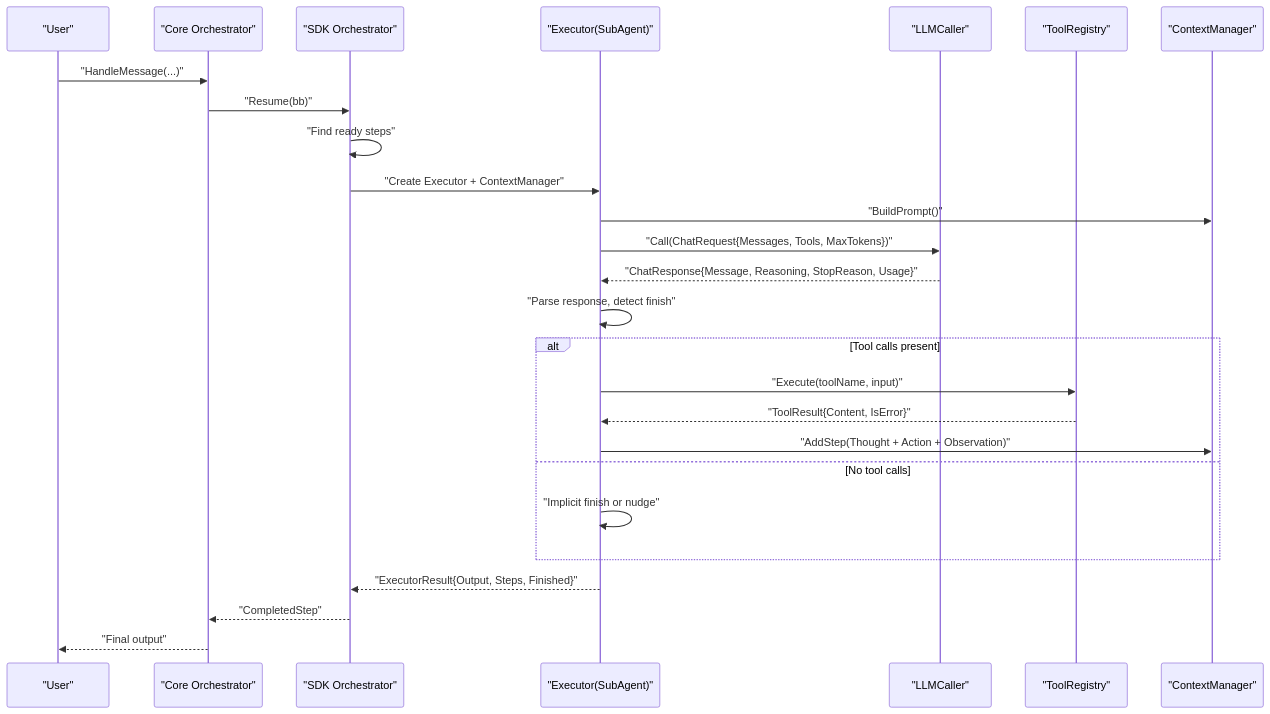
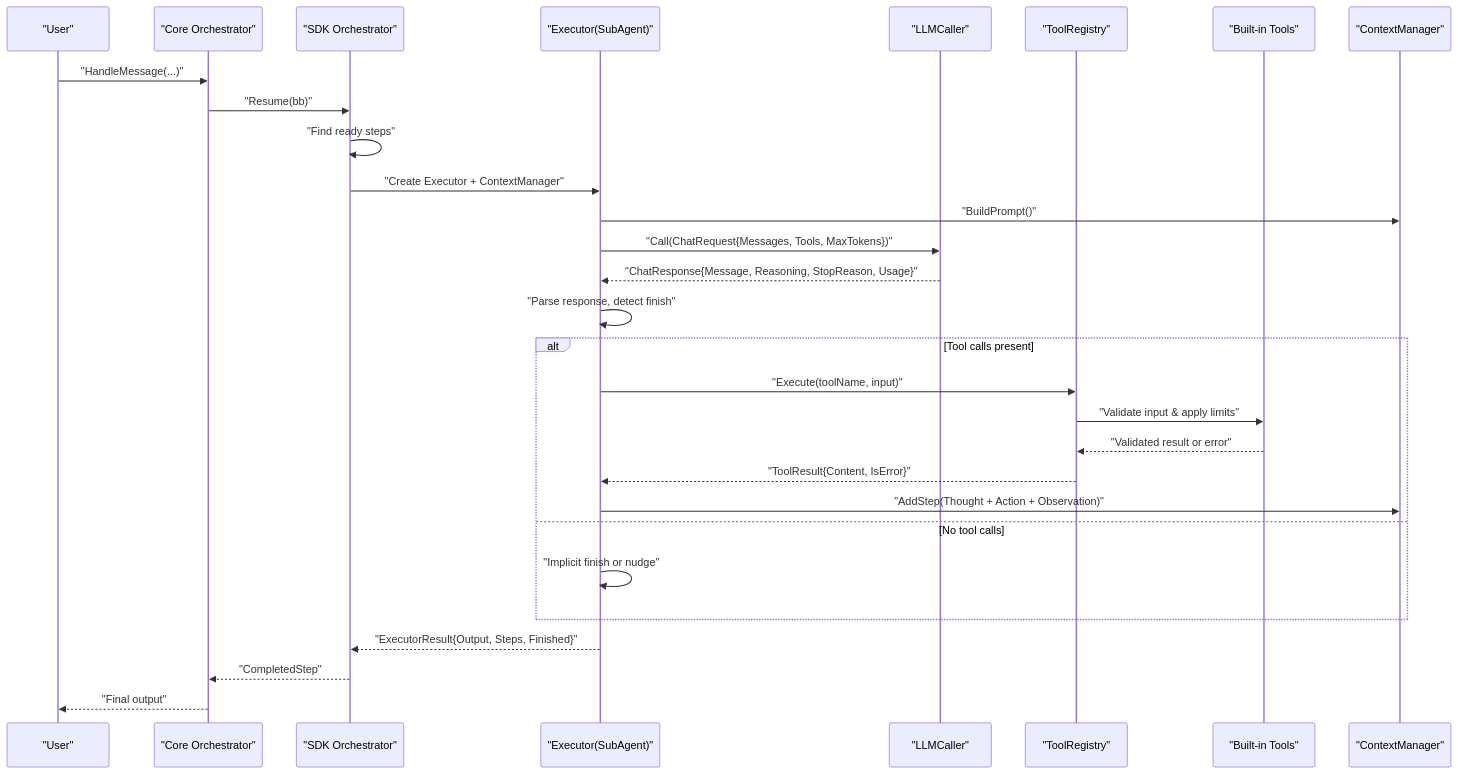
Before and after one commit to v0lka/c0wrk: the second of 10 diagrams in .qoder/repowiki/en/content/Core AI Engine/Agent Executor.md, drawn with Mermaid. The commit also changed other lines of this file and 8 other files, not shown here.

````diff
--- a/.qoder/repowiki/en/content/Core AI Engine/Agent Executor.md
+++ b/.qoder/repowiki/en/content/Core AI Engine/Agent Executor.md
@@ -114,28 +142,31 @@
 ```mermaid
 sequenceDiagram
 participant User as "User"
 participant Orchestrator as "Core Orchestrator"
 participant Engine as "SDK Orchestrator"
 participant Step as "Executor(SubAgent)"
 participant LLM as "LLMCaller"
 participant Tools as "ToolRegistry"
+participant BT as "Built-in Tools"
 participant CM as "ContextManager"
 User->>Orchestrator : "HandleMessage(...)"
 Orchestrator->>Engine : "Resume(bb)"
 Engine->>Engine : "Find ready steps"
 Engine->>Step : "Create Executor + ContextManager"
 Step->>CM : "BuildPrompt()"
 Step->>LLM : "Call(ChatRequest{Messages, Tools, MaxTokens})"
 LLM-->>Step : "ChatResponse{Message, Reasoning, StopReason, Usage}"
 Step->>Step : "Parse response, detect finish"
 alt Tool calls present
 Step->>Tools : "Execute(toolName, input)"
+Tools->>BT : "Validate input & apply limits"
+BT-->>Tools : "Validated result or error"
 Tools-->>Step : "ToolResult{Content, IsError}"
 Step->>CM : "AddStep(Thought + Action + Observation)"
 else No tool calls
 Step->>Step : "Implicit finish or nudge"
 end
 Step-->>Engine : "ExecutorResult{Output, Steps, Finished}"
 Engine-->>Orchestrator : "CompletedStep"
 Orchestrator-->>User : "Final output"
 ```
````
